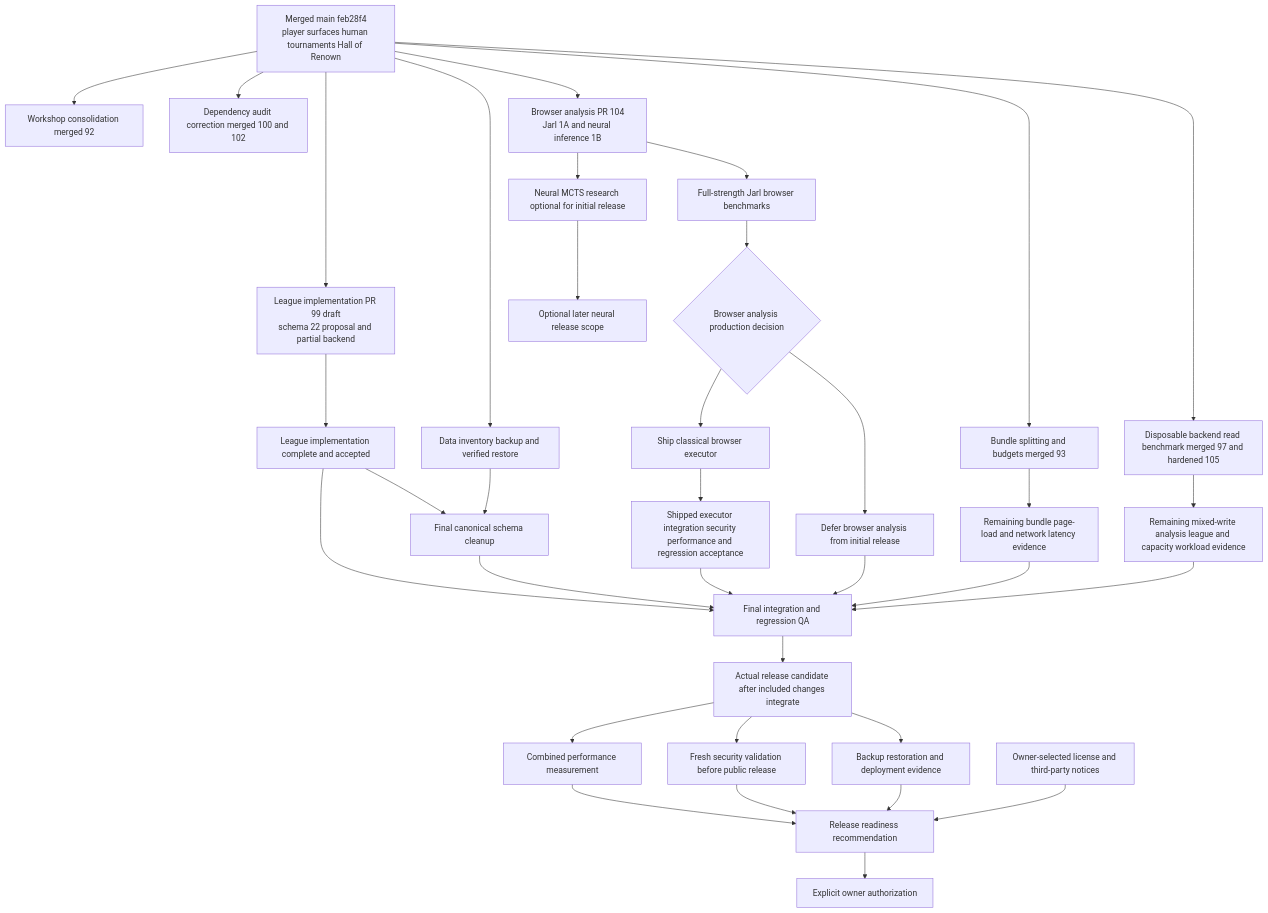
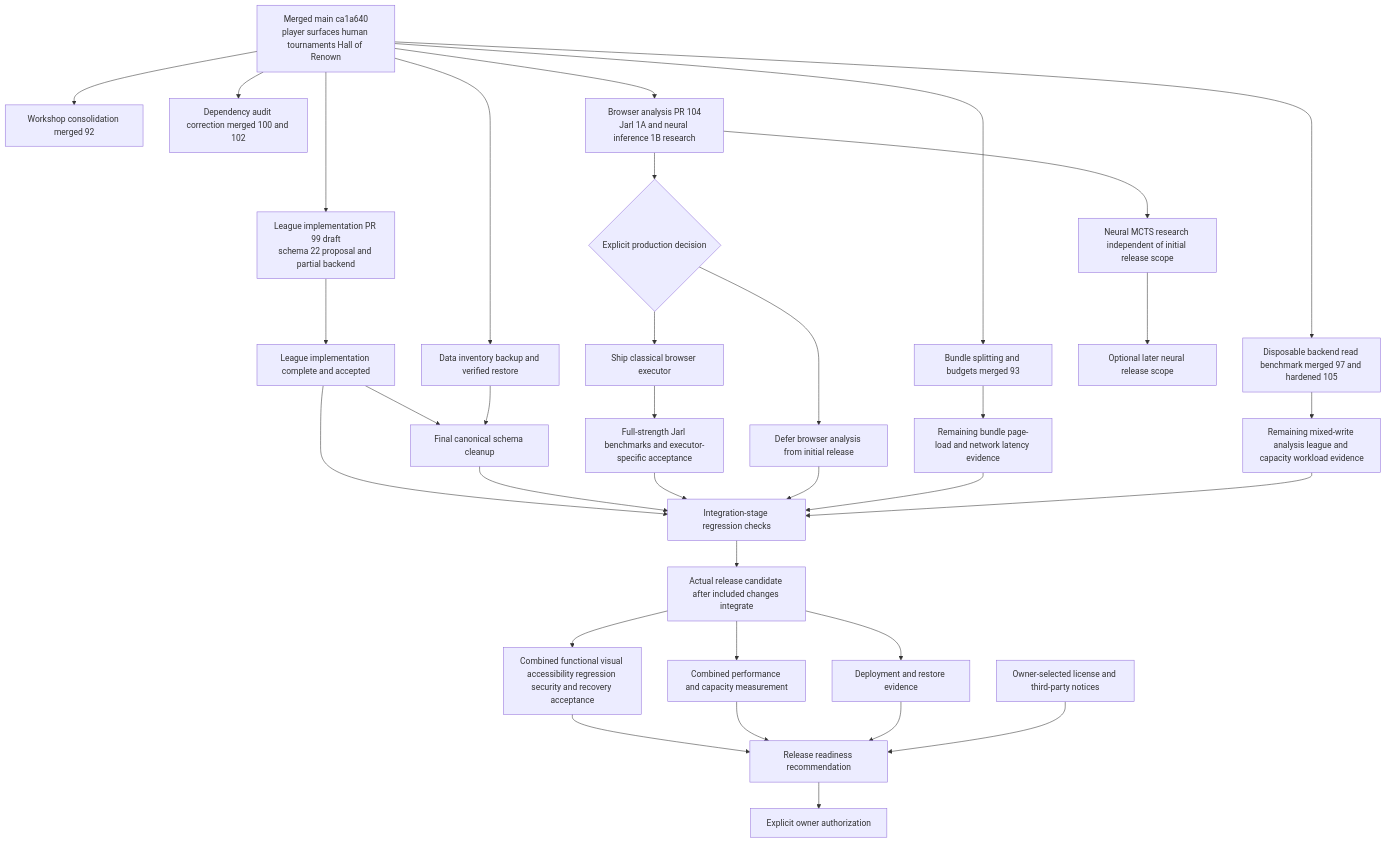
The diagram in docs/designs/arena-current-completeness.md (freeDom-/hnefatafl), drawn with Mermaid before and after one commit. The commit also changed other lines of this file and 1 other file, not shown here.

Commit message:
docs: correct spectator analysis and finalize dependency graph
Clarify that public spectators may read already-stored terminal analysis while no public request generates or mutates analysis. Correct the graph so deferring browser analysis does not require Jarl benchmarks, and apply combined acceptance to the integrated release candidate. Use the reviewed ca1a640 snapshot consistently and qualify the open-PR statement to the Arena program.

````diff
--- a/docs/designs/arena-current-completeness.md
+++ b/docs/designs/arena-current-completeness.md
@@ -229,47 +229,46 @@
 ```mermaid
 flowchart TD
-  M[Merged main feb28f4<br/>player surfaces human tournaments Hall of Renown]
+  M[Merged main ca1a640<br/>player surfaces human tournaments Hall of Renown]
   W[Workshop consolidation merged 92]
   AUD[Dependency audit correction merged 100 and 102]
   B[Bundle splitting and budgets merged 93]
   R[Disposable backend read benchmark merged 97 and hardened 105]
   M --> W
   M --> AUD
   M --> B
   M --> R
 
   M --> L[League implementation PR 99 draft<br/>schema 22 proposal and partial backend]
   L --> LU[League implementation complete and accepted]
   LU --> SC[Final canonical schema cleanup]
   M --> DI[Data inventory backup and verified restore]
   DI --> SC
 
-  LU --> QA[Final integration and regression QA]
-  SC --> QA
+  LU --> INT[Integration-stage regression checks]
+  SC --> INT
 
-  M --> BX[Browser analysis PR 104<br/>Jarl 1A and neural inference 1B]
-  BX --> BJ[Full-strength Jarl browser benchmarks]
-  BX --> NM[Neural MCTS research optional for initial release]
-  BJ --> AD{Browser analysis production decision}
+  M --> BX[Browser analysis PR 104<br/>Jarl 1A and neural inference 1B research]
+  BX --> AD{Explicit production decision}
   AD --> SHIP[Ship classical browser executor]
   AD --> DEFER[Defer browser analysis from initial release]
-  SHIP --> AX[Shipped executor integration security performance and regression acceptance]
-  AX --> QA
-  DEFER --> QA
+  SHIP --> BJ[Full-strength Jarl benchmarks and executor-specific acceptance]
+  BJ --> INT
+  DEFER --> INT
+  BX --> NM[Neural MCTS research independent of initial release scope]
   NM --> LATER[Optional later neural release scope]
 
   B --> P1[Remaining bundle page-load and network latency evidence]
   R --> P2[Remaining mixed-write analysis league and capacity workload evidence]
-  P1 --> QA
-  P2 --> QA
+  P1 --> INT
+  P2 --> INT
 
-  QA --> CAND[Actual release candidate after included changes integrate]
-  CAND --> PERF[Combined performance measurement]
-  CAND --> SEC[Fresh security validation before public release]
-  CAND --> DEP[Backup restoration and deployment evidence]
-  PERF --> REL[Release readiness recommendation]
-  SEC --> REL
+  INT --> CAND[Actual release candidate after included changes integrate]
+  CAND --> ACC[Combined functional visual accessibility regression security and recovery acceptance]
+  CAND --> PERF[Combined performance and capacity measurement]
+  CAND --> DEP[Deployment and restore evidence]
+  ACC --> REL[Release readiness recommendation]
+  PERF --> REL
   DEP --> REL
   LIC[Owner-selected license and third-party notices] --> REL
   REL --> OWN[Explicit owner authorization]
 ```
````
